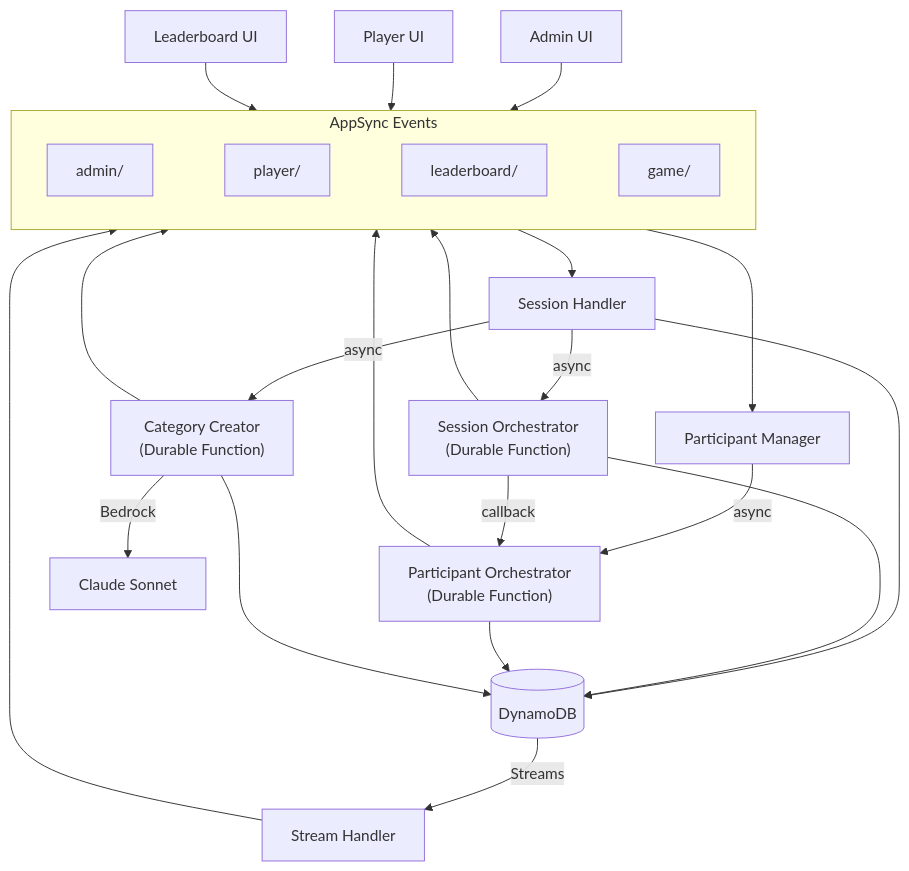
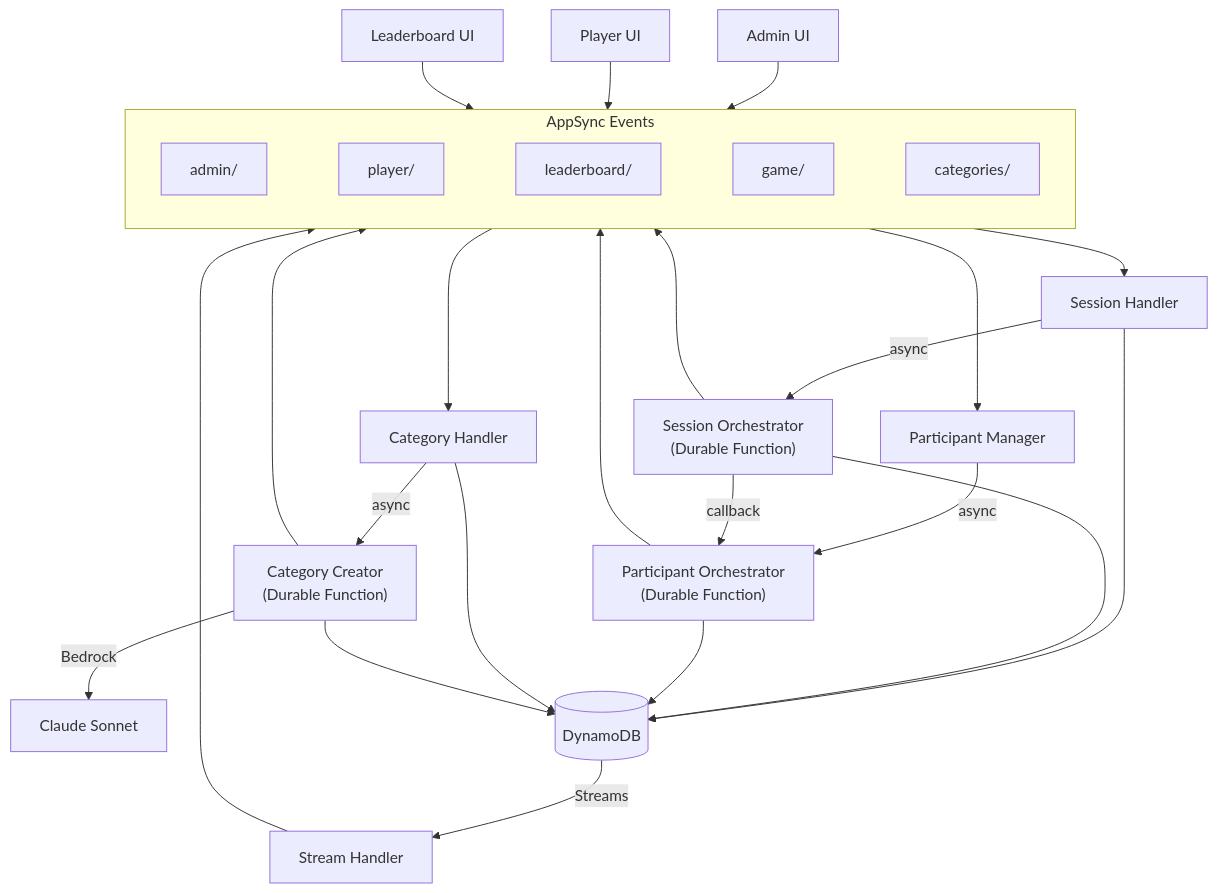
Before and after one commit to singledigit/distributed-trivia: the diagram in README.md, drawn with Mermaid. The commit also changed other lines of this file and 17 other files, not shown here.

````diff
--- a/README.md
+++ b/README.md
@@ -9,31 +9,33 @@
 ```mermaid
 graph TD
     Admin["Admin UI"] --> AppSync
     Player["Player UI"] --> AppSync
     Leaderboard["Leaderboard UI"] --> AppSync
 
     subgraph AppSync["AppSync Events"]
         direction LR
-        ch1["admin/"] ~~~ ch2["player/"] ~~~ ch3["leaderboard/"] ~~~ ch4["game/"]
+        ch1["admin/"] ~~~ ch2["player/"] ~~~ ch3["leaderboard/"] ~~~ ch4["game/"] ~~~ ch5["categories/"]
     end
 
     AppSync --> SH["Session Handler"]
     AppSync --> PM["Participant Manager"]
+    AppSync --> CH["Category Handler"]
 
     SH -->|async| ODF["Session Orchestrator<br/>(Durable Function)"]
-    SH -->|async| CC["Category Creator<br/>(Durable Function)"]
+    CH -->|async| CC["Category Creator<br/>(Durable Function)"]
     PM -->|async| POD["Participant Orchestrator<br/>(Durable Function)"]
     ODF -->|callback| POD
     CC -->|Bedrock| AI["Claude Sonnet"]
 
     SH --> DDB[("DynamoDB")]
     ODF --> DDB
     POD --> DDB
+    CH --> DDB
     CC --> DDB
 
     DDB -->|Streams| STR["Stream Handler"]
     STR --> AppSync
     ODF --> AppSync
     POD --> AppSync
     CC --> AppSync
 ```
````
